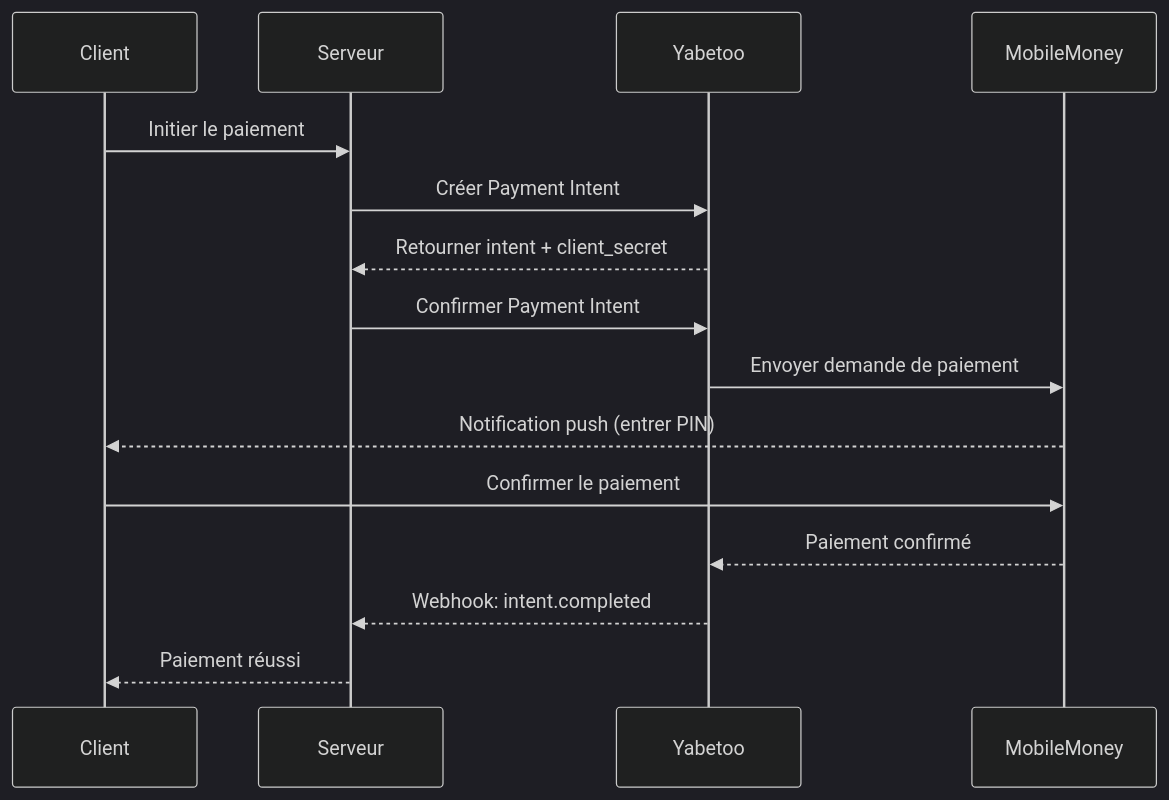
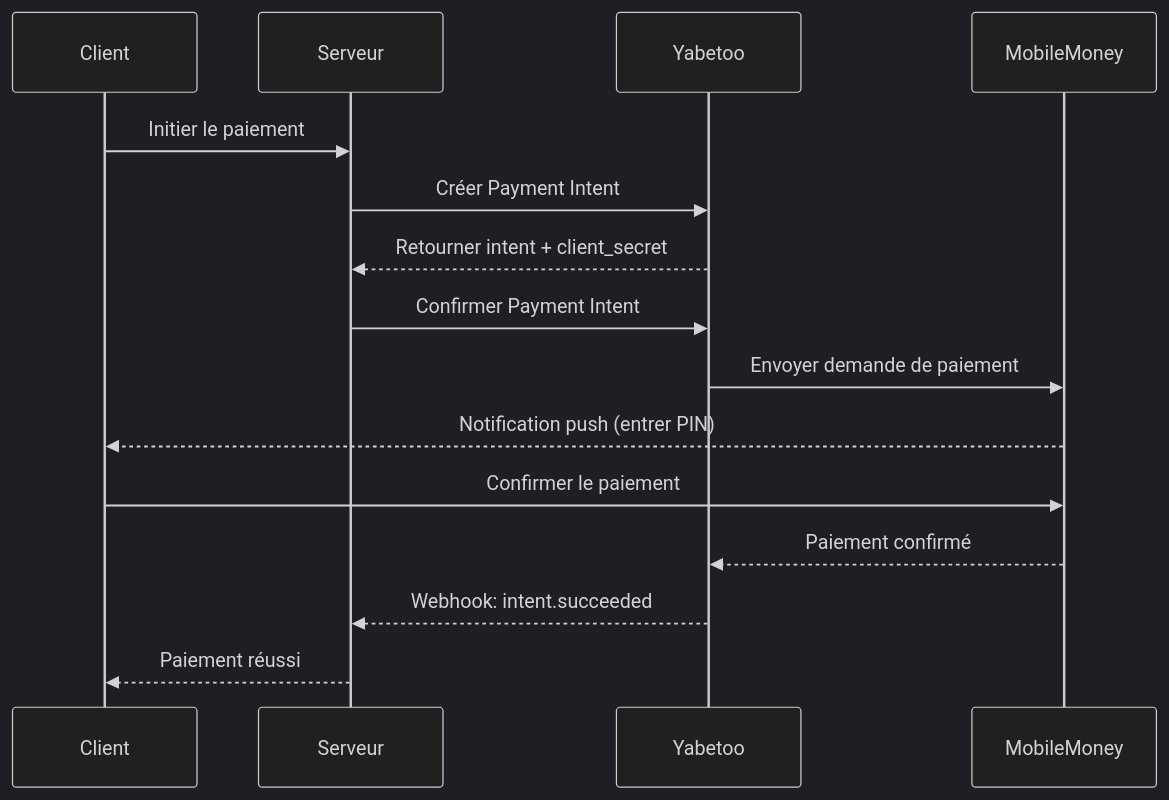
Before and after one commit to yabetoo/docs: the diagram in fr/guides/concepts/payment-flow.mdx, drawn with Mermaid (dark theme). The commit also changed other lines of this file and 16 other files, not shown here.

````diff
--- a/fr/guides/concepts/payment-flow.mdx
+++ b/fr/guides/concepts/payment-flow.mdx
@@ -13,18 +13,18 @@
 ```mermaid
 sequenceDiagram
     participant Client
     participant Serveur
     participant Yabetoo
     participant MobileMoney
 
     Client->>Serveur: Initier le paiement
     Serveur->>Yabetoo: Créer Payment Intent
     Yabetoo-->>Serveur: Retourner intent + client_secret
     Serveur->>Yabetoo: Confirmer Payment Intent
     Yabetoo->>MobileMoney: Envoyer demande de paiement
     MobileMoney-->>Client: Notification push (entrer PIN)
     Client->>MobileMoney: Confirmer le paiement
     MobileMoney-->>Yabetoo: Paiement confirmé
-    Yabetoo-->>Serveur: Webhook: intent.completed
+    Yabetoo-->>Serveur: Webhook: intent.succeeded
     Serveur-->>Client: Paiement réussi
 ```
````
